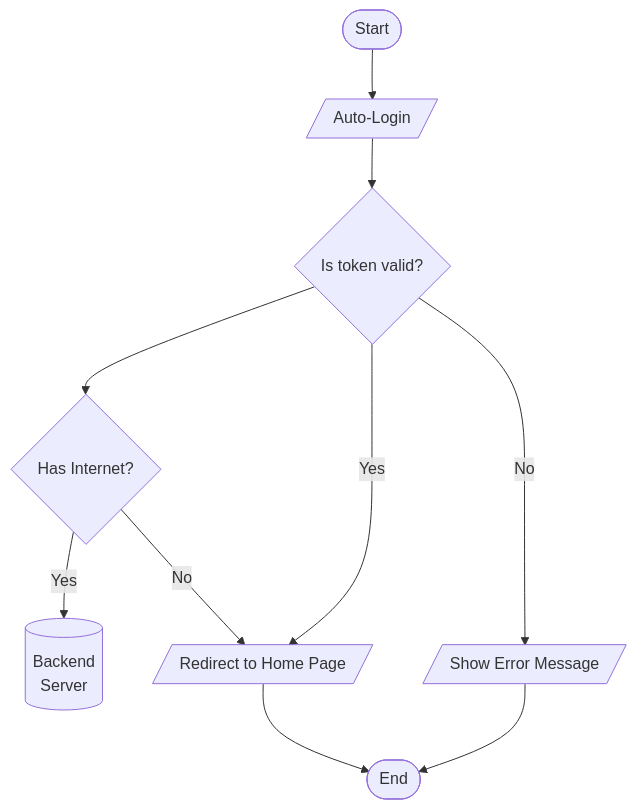
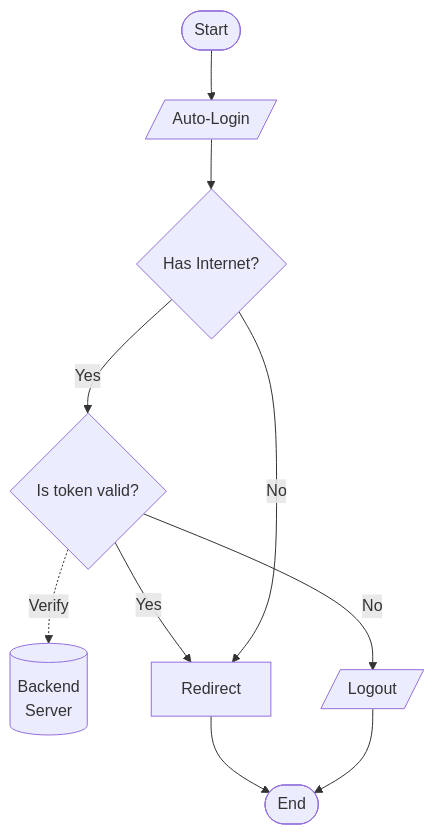
Before and after one commit to rirjkl19/css-shared: the second of 2 diagrams in docs/login-flow.md, drawn with Mermaid.

Commit message:
Update login flow

````diff
--- a/docs/login-flow.md
+++ b/docs/login-flow.md
@@ -34,21 +34,23 @@
 ```mermaid
 graph TB
     Start([Start])
     Login[/Auto-Login/]
-    Redirect[/Redirect to Home Page/]
+    %% Redirect[/Redirect to Home Page/]
     Server[(Backend\nServer)]
-    Check{Is token valid?}
+    CheckToken{Is token valid?}
     HasInternet{Has Internet?}
-    Error[/Show Error Message/]
+    Error[/Logout/]
     End([End])
 
-    %% Server<-...->|Verify|Check
-    Check --> HasInternet
+    
+    Start --> Login
+    Login --> HasInternet
+    HasInternet --> |Yes| CheckToken
+    CheckToken --> |Yes| Redirect
+    CheckToken -.-> |Verify| Server
+    Redirect --> End
+    
 
-    HasInternet --> |Yes| Server
     HasInternet --> |No| Redirect
-
-    Start--> Login
-    Login --> Check --> |Yes| Redirect --> End
-    Check --> |No| Error --> End
+    CheckToken --> |No| Error --> End
 ```
````
